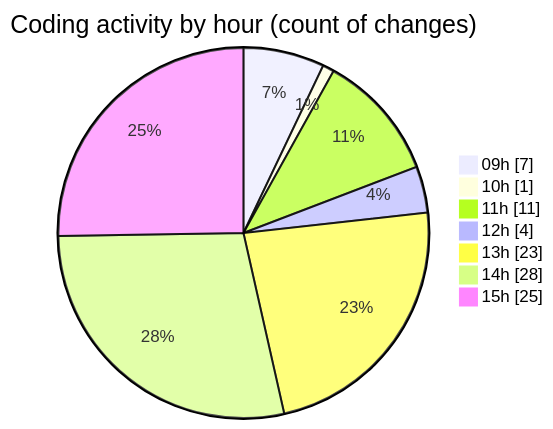
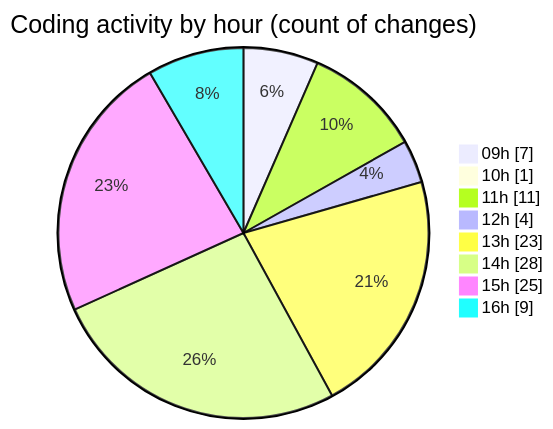
Before and after one commit to momahboobian/code-tracking: the second of 2 diagrams in 2026-04-22/cda/README.md, drawn with Mermaid. The commit also changed other lines of this file and 1 other file, not shown here.

````diff
--- a/2026-04-22/cda/README.md
+++ b/2026-04-22/cda/README.md
@@ -47,11 +47,12 @@
 ```mermaid
 pie showData
 title Coding activity by hour (count of changes)
 "09h" : 7
 "10h" : 1
 "11h" : 11
 "12h" : 4
 "13h" : 23
 "14h" : 28
 "15h" : 25
+"16h" : 9
 ```
````
